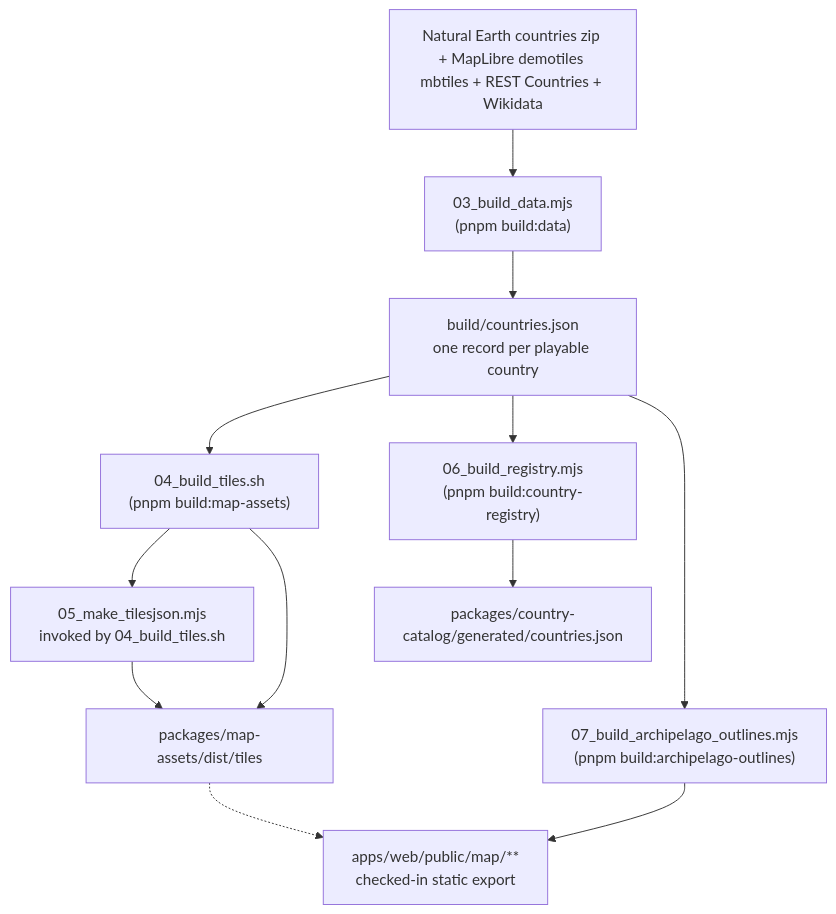
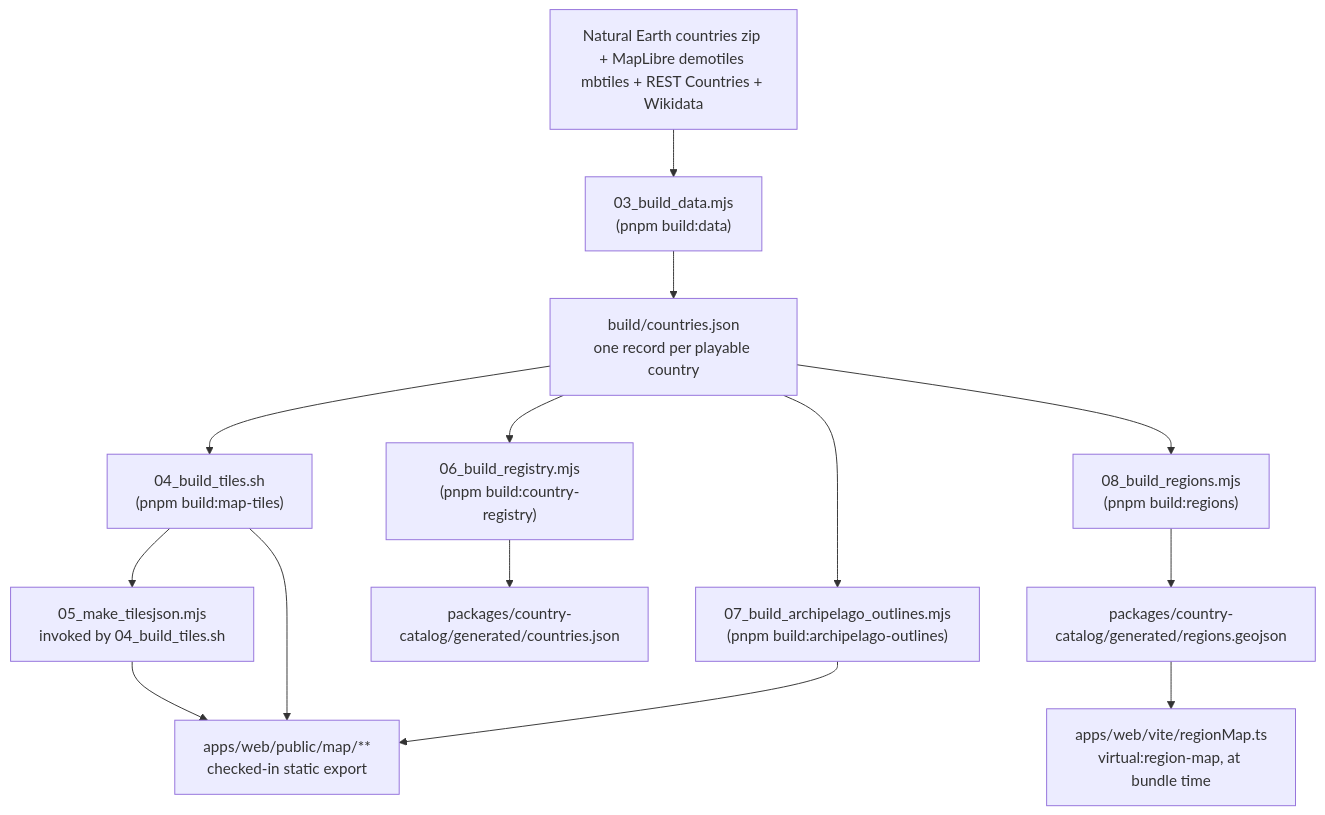
The diagram in docs/architecture/data-pipeline.md (atamuratov07/georally-game), drawn with Mermaid before and after one commit. The commit also changed other lines of this file and 21 other files, not shown here.

Commit message:
refactor(country-build): choose output paths in root scripts and build region shapes as data

````diff
--- a/docs/architecture/data-pipeline.md
+++ b/docs/architecture/data-pipeline.md
@@ -5,25 +5,29 @@
 ```mermaid
 graph TD
     Upstream["Natural Earth countries zip + MapLibre demotiles mbtiles + REST Countries + Wikidata"]
     BuildData["03_build_data.mjs<br/>(pnpm build:data)"]
     Countries["build/countries.json<br/>one record per playable country"]
-    BuildTiles["04_build_tiles.sh<br/>(pnpm build:map-assets)"]
+    BuildTiles["04_build_tiles.sh<br/>(pnpm build:map-tiles)"]
     TileJson["05_make_tilesjson.mjs<br/>invoked by 04_build_tiles.sh"]
     BuildRegistry["06_build_registry.mjs<br/>(pnpm build:country-registry)"]
     CatalogJson["packages/country-catalog/generated/countries.json"]
     BuildOutlines["07_build_archipelago_outlines.mjs<br/>(pnpm build:archipelago-outlines)"]
-    Assets["packages/map-assets/dist/tiles"]
+    BuildRegions["08_build_regions.mjs<br/>(pnpm build:regions)"]
+    CatalogRegions["packages/country-catalog/generated/regions.geojson"]
+    RegionPlugin["apps/web/vite/regionMap.ts<br/>virtual:region-map, at bundle time"]
     WebMap["apps/web/public/map/**<br/>checked-in static export"]
 
     Upstream --> BuildData
     BuildData --> Countries
     Countries --> BuildTiles
     Countries --> BuildRegistry
     Countries --> BuildOutlines
+    Countries --> BuildRegions
     BuildTiles --> TileJson
-    BuildTiles --> Assets
-    TileJson --> Assets
-    Assets -.-> WebMap
+    BuildTiles --> WebMap
+    TileJson --> WebMap
     BuildRegistry --> CatalogJson
     BuildOutlines --> WebMap
+    BuildRegions --> CatalogRegions
+    CatalogRegions --> RegionPlugin
 ```
````
